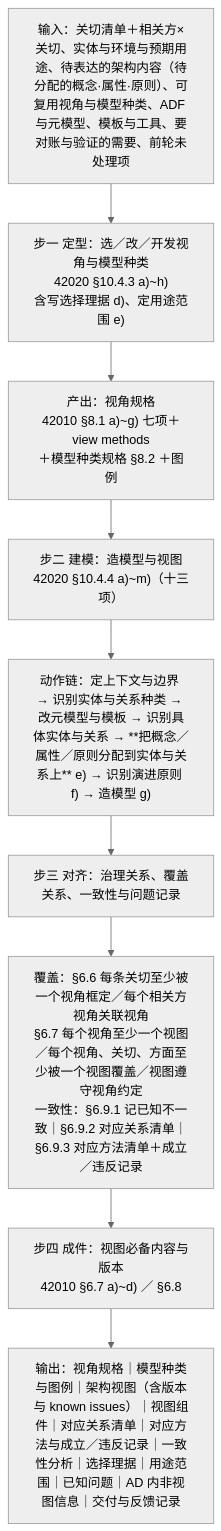
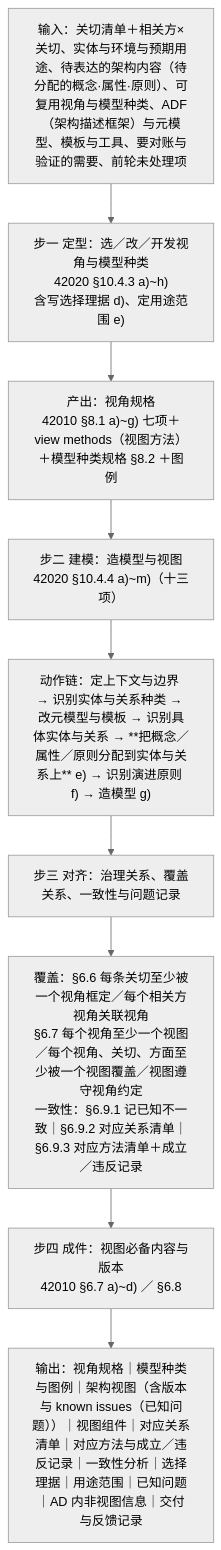
The sixth of 9 diagrams in 100-subprojects/01-系统工程研究/00-系统工程相关研究报告/35-架构定义与视图设计研究报告-从意义目的到产品数据与四案例.md (Yongjunzhou/AOS-system-design), drawn with Mermaid (neutral theme) before and after one commit. The commit also changed other lines of this file, not shown here.

First line of the commit message:
教材侧·35 号补中译：报告 35 号升 v1.5（273 处「（中译：…）」＋19 个缩写首现全称＋7 幅 mermaid 补译）

````diff
--- a/100-subprojects/01-系统工程研究/00-系统工程相关研究报告/35-架构定义与视图设计研究报告-从意义目的到产品数据与四案例.md
+++ b/100-subprojects/01-系统工程研究/00-系统工程相关研究报告/35-架构定义与视图设计研究报告-从意义目的到产品数据与四案例.md
@@ -750,11 +751,11 @@
 ```mermaid
 flowchart TD
-    I["输入：关切清单＋相关方×关切、实体与环境与预期用途、待表达的架构内容（待分配的概念·属性·原则）、可复用视角与模型种类、ADF 与元模型、模板与工具、要对账与验证的需要、前轮未处理项"] --> S1
-    S1["步一 定型：选／改／开发视角与模型种类<br/>42020 §10.4.3 a)~h)<br/>含写选择理据 d)、定用途范围 e)"] --> A1["产出：视角规格<br/>42010 §8.1 a)~g) 七项＋view methods<br/>＋模型种类规格 §8.2 ＋图例"]
+    I["输入：关切清单＋相关方×关切、实体与环境与预期用途、待表达的架构内容（待分配的概念·属性·原则）、可复用视角与模型种类、ADF（架构描述框架）与元模型、模板与工具、要对账与验证的需要、前轮未处理项"] --> S1
+    S1["步一 定型：选／改／开发视角与模型种类<br/>42020 §10.4.3 a)~h)<br/>含写选择理据 d)、定用途范围 e)"] --> A1["产出：视角规格<br/>42010 §8.1 a)~g) 七项＋view methods（视图方法）<br/>＋模型种类规格 §8.2 ＋图例"]
     A1 --> S2["步二 建模：造模型与视图<br/>42020 §10.4.4 a)~m)（十三项）"]
     S2 --> A2["动作链：定上下文与边界 → 识别实体与关系种类 → 改元模型与模板 → 识别具体实体与关系 → **把概念／属性／原则分配到实体与关系上** e) → 识别演进原则 f) → 造模型 g)"]
     A2 --> S3["步三 对齐：治理关系、覆盖关系、一致性与问题记录"]
     S3 --> A3["覆盖：§6.6 每条关切至少被一个视角框定／每个相关方视角关联视角<br/>§6.7 每个视角至少一个视图／每个视角、关切、方面至少被一个视图覆盖／视图遵守视角约定<br/>一致性：§6.9.1 记已知不一致｜§6.9.2 对应关系清单｜§6.9.3 对应方法清单＋成立／违反记录"]
     A3 --> S4["步四 成件：视图必备内容与版本<br/>42010 §6.7 a)~d) ／ §6.8"]
-    S4 --> O["输出：视角规格｜模型种类与图例｜架构视图（含版本与 known issues）｜视图组件｜对应关系清单｜对应方法与成立／违反记录｜一致性分析｜选择理据｜用途范围｜已知问题｜AD 内非视图信息｜交付与反馈记录"]
+    S4 --> O["输出：视角规格｜模型种类与图例｜架构视图（含版本与 known issues（已知问题））｜视图组件｜对应关系清单｜对应方法与成立／违反记录｜一致性分析｜选择理据｜用途范围｜已知问题｜AD 内非视图信息｜交付与反馈记录"]
 ```
````
